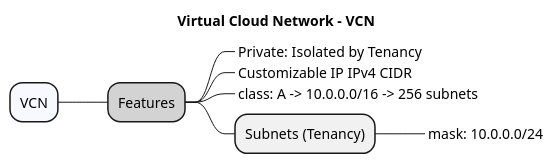
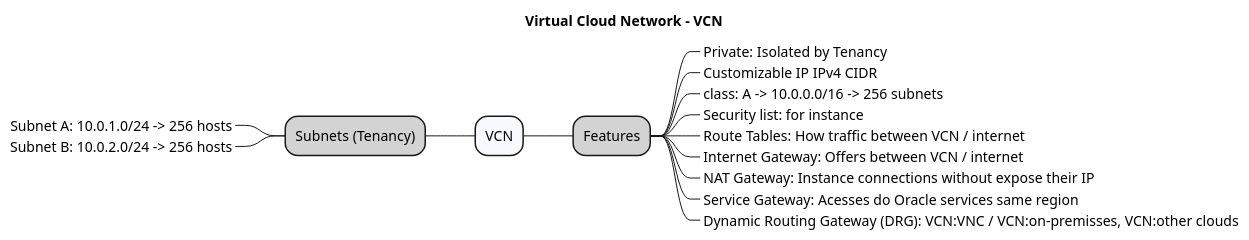
Before and after one commit to acnaweb/oci: the diagram in docs/src/vcn.wsd, drawn with PlantUML.

```diff
--- a/docs/src/vcn.wsd
+++ b/docs/src/vcn.wsd
@@ -1,20 +1,25 @@
 @startmindmap
 
 Title "Virtual Cloud Network - VCN"
 
 *[#F8F8FF]  VCN
 
 **[#LightGray] Features
 
 ***_ Private: Isolated by Tenancy
 ***_ Customizable IP IPv4 CIDR
 ***_ class: A -> 10.0.0.0/16 -> 256 subnets
-
-
-*** Subnets (Tenancy)
-****_ mask: 10.0.0.0/24
+***_ Security list: for instance
+***_ Route Tables: How traffic between VCN / internet
+***_ Internet Gateway: Offers between VCN / internet
+***_ NAT Gateway: Instance connections without expose their IP
+***_ Service Gateway: Acesses do Oracle services same region
+***_ Dynamic Routing Gateway (DRG): VCN:VNC / VCN:on-premisses, VCN:other clouds
 
 left side
 
+**[#LightGray]  Subnets (Tenancy)
+***_ Subnet A: 10.0.1.0/24 -> 256 hosts
+***_ Subnet B: 10.0.2.0/24 -> 256 hosts
 
 @endmindmap
```
